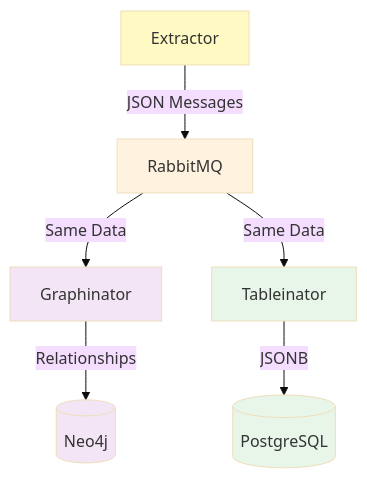
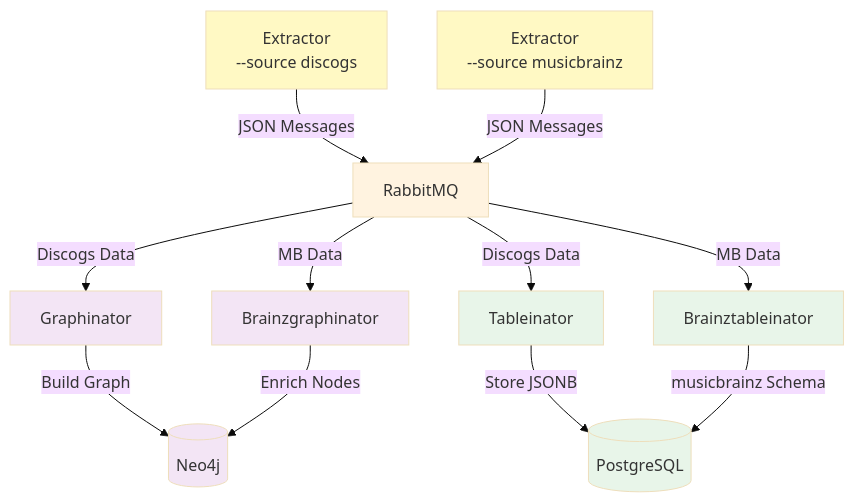
Before and after one commit to SimplicityGuy/discogsography: the eighth of 8 diagrams in docs/database-schema.md, drawn with Mermaid (base theme). The commit also changed other lines of this file and 7 other files, not shown here.

````diff
--- a/docs/database-schema.md
+++ b/docs/database-schema.md
@@ -1068,15 +1221,23 @@
 ```mermaid
 graph TD
-    EXT[Extractor] -->|JSON Messages| RMQ[RabbitMQ]
-    RMQ -->|Same Data| GRAPH[Graphinator]
-    RMQ -->|Same Data| TABLE[Tableinator]
-    GRAPH -->|Relationships| NEO4J[(Neo4j)]
-    TABLE -->|JSONB| PG[(PostgreSQL)]
+    EXT_D[Extractor<br/>--source discogs] -->|JSON Messages| RMQ[RabbitMQ]
+    EXT_MB[Extractor<br/>--source musicbrainz] -->|JSON Messages| RMQ
+    RMQ -->|Discogs Data| GRAPH[Graphinator]
+    RMQ -->|Discogs Data| TABLE[Tableinator]
+    RMQ -->|MB Data| BGRAPH[Brainzgraphinator]
+    RMQ -->|MB Data| BTABLE[Brainztableinator]
+    GRAPH -->|Build Graph| NEO4J[(Neo4j)]
+    TABLE -->|Store JSONB| PG[(PostgreSQL)]
+    BGRAPH -->|Enrich Nodes| NEO4J
+    BTABLE -->|musicbrainz Schema| PG
 
-    style EXT fill:#fff9c4
+    style EXT_D fill:#fff9c4
+    style EXT_MB fill:#fff9c4
     style RMQ fill:#fff3e0
     style GRAPH fill:#f3e5f5
     style TABLE fill:#e8f5e9
+    style BGRAPH fill:#f3e5f5
+    style BTABLE fill:#e8f5e9
     style NEO4J fill:#f3e5f5
     style PG fill:#e8f5e9
 ```
````
